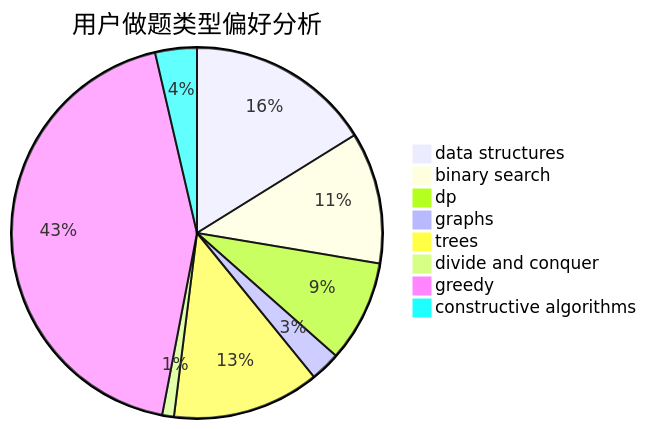
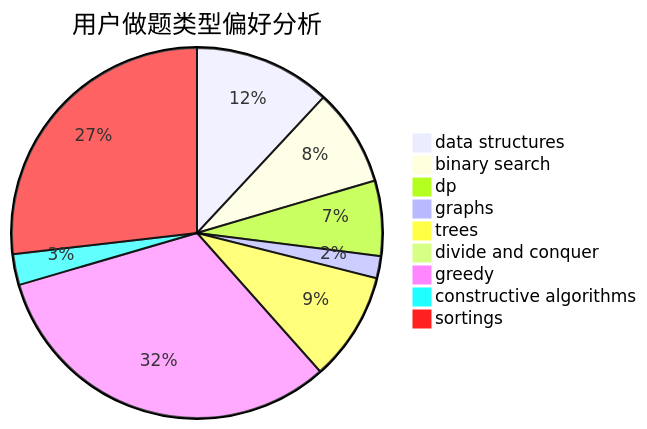
One commit to sherpahu/cfrs.github.io changed the second of 3 diagrams in docs/user/u1832.md. Above: the diagram before and after it, drawn with Mermaid. The commit also changed other lines of this file and 2769 other files, not shown here.

````diff
--- a/docs/user/u1832.md
+++ b/docs/user/u1832.md
@@ -23,11 +18,12 @@
 ```mermaid
 pie title 用户做题类型偏好分析
     "data structures" :  142
     "binary search" :  101
     "dp" :  78
     "graphs" :  23
     "trees" :  113
     "divide and conquer" :  9
     "greedy" :  381
     "constructive algorithms" :  32
+    "sortings" :  319
 ```
````
